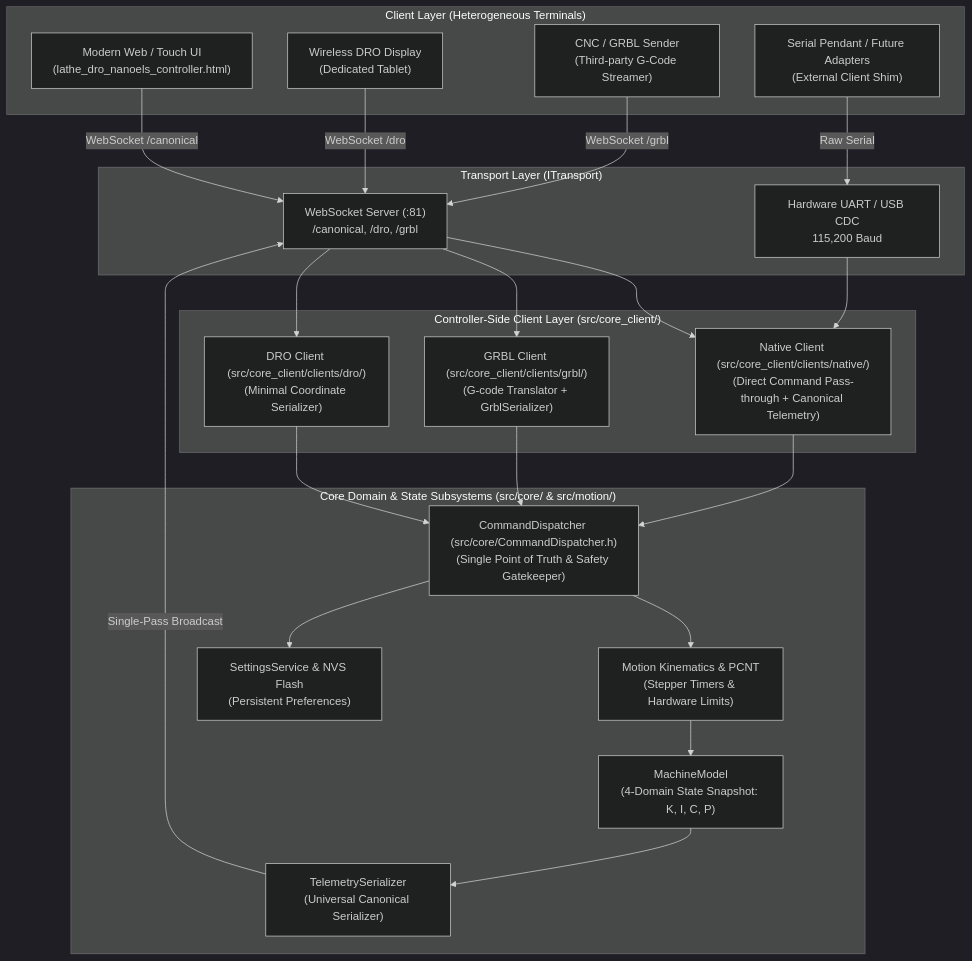
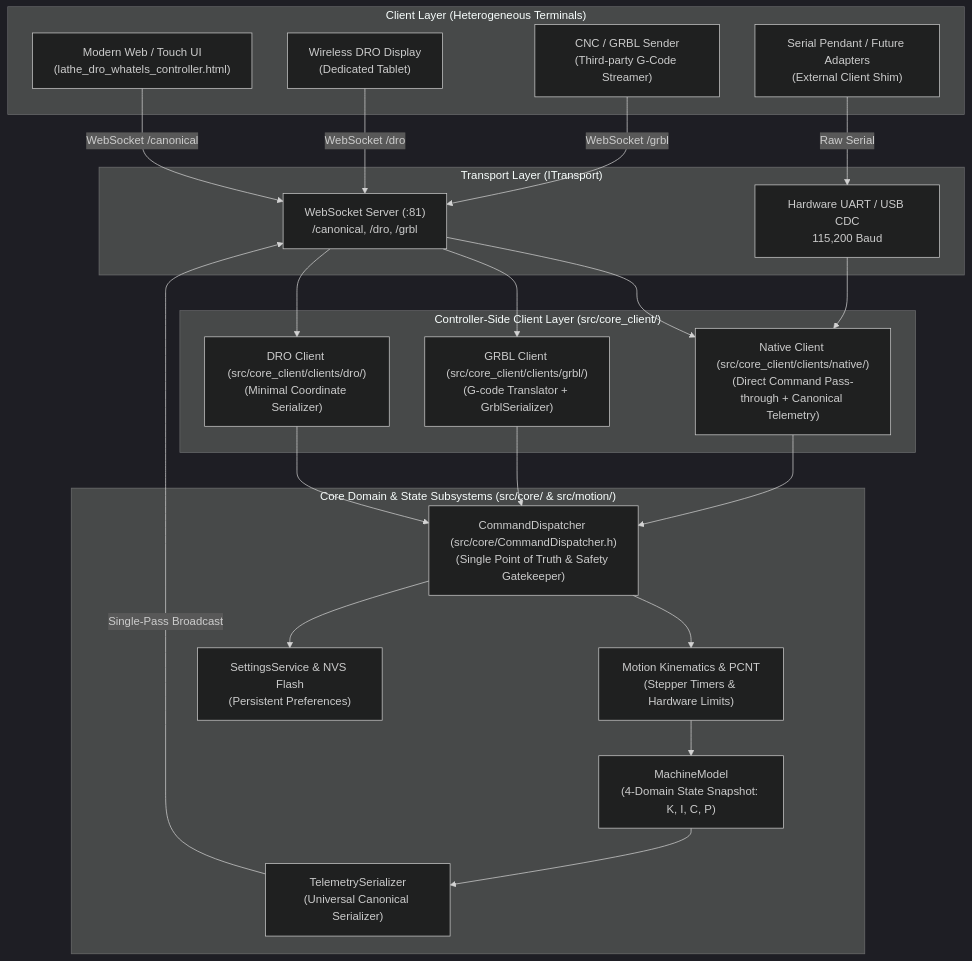
Before and after one commit to emmelcf/whatELS: the first of 2 diagrams in docs/clients/ELS_CLIENT_ARCHITECTURE.md, drawn with Mermaid (dark theme). The commit also changed other lines of this file and 95 other files, not shown here.

````diff
--- a/docs/clients/ELS_CLIENT_ARCHITECTURE.md
+++ b/docs/clients/ELS_CLIENT_ARCHITECTURE.md
@@ -38,48 +38,48 @@
 ```mermaid
 graph TD
     subgraph Client_Layer ["Client Layer (Heterogeneous Terminals)"]
-        WebUI["Modern Web / Touch UI\n(lathe_dro_nanoels_controller.html)"]
+        WebUI["Modern Web / Touch UI\n(lathe_dro_whatels_controller.html)"]
         DROTablet["Wireless DRO Display\n(Dedicated Tablet)"]
         GrblSender["CNC / GRBL Sender\n(Third-party G-Code Streamer)"]
         SerialPendant["Serial Pendant / Future Adapters\n(External Client Shim)"]
     end
 
     subgraph Transport_Layer ["Transport Layer (ITransport)"]
         WSServer["WebSocket Server (:81)\n/canonical, /dro, /grbl"]
         SerialUART["Hardware UART / USB CDC\n115,200 Baud"]
     end
 
     subgraph Core_Client_Layer ["Controller-Side Client Layer (src/core_client/)"]
         NativeClient["Native Client (src/core_client/clients/native/)\n(Direct Command Pass-through + Canonical Telemetry)"]
         GrblClient["GRBL Client (src/core_client/clients/grbl/)\n(G-code Translator + GrblSerializer)"]
         DroClient["DRO Client (src/core_client/clients/dro/)\n(Minimal Coordinate Serializer)"]
     end
 
     subgraph Core_Domain ["Core Domain & State Subsystems (src/core/ & src/motion/)"]
         Dispatcher["CommandDispatcher (src/core/CommandDispatcher.h)\n(Single Point of Truth & Safety Gatekeeper)"]
         MotionCore["Motion Kinematics & PCNT\n(Stepper Timers & Hardware Limits)"]
         SettingsSvc["SettingsService & NVS Flash\n(Persistent Preferences)"]
         MachineModel["MachineModel\n(4-Domain State Snapshot: K, I, C, P)"]
         CoreSerializer["TelemetrySerializer\n(Universal Canonical Serializer)"]
     end
 
     WebUI -->|WebSocket /canonical| WSServer
     DROTablet -->|WebSocket /dro| WSServer
     GrblSender -->|WebSocket /grbl| WSServer
     SerialPendant -->|Raw Serial| SerialUART
 
     WSServer --> NativeClient
     WSServer --> GrblClient
     WSServer --> DroClient
     SerialUART --> NativeClient
 
     NativeClient --> Dispatcher
     GrblClient --> Dispatcher
     DroClient --> Dispatcher
 
     Dispatcher --> MotionCore
     Dispatcher --> SettingsSvc
     MotionCore --> MachineModel
     MachineModel --> CoreSerializer
     CoreSerializer -->|Single-Pass Broadcast| WSServer
 ```
````
